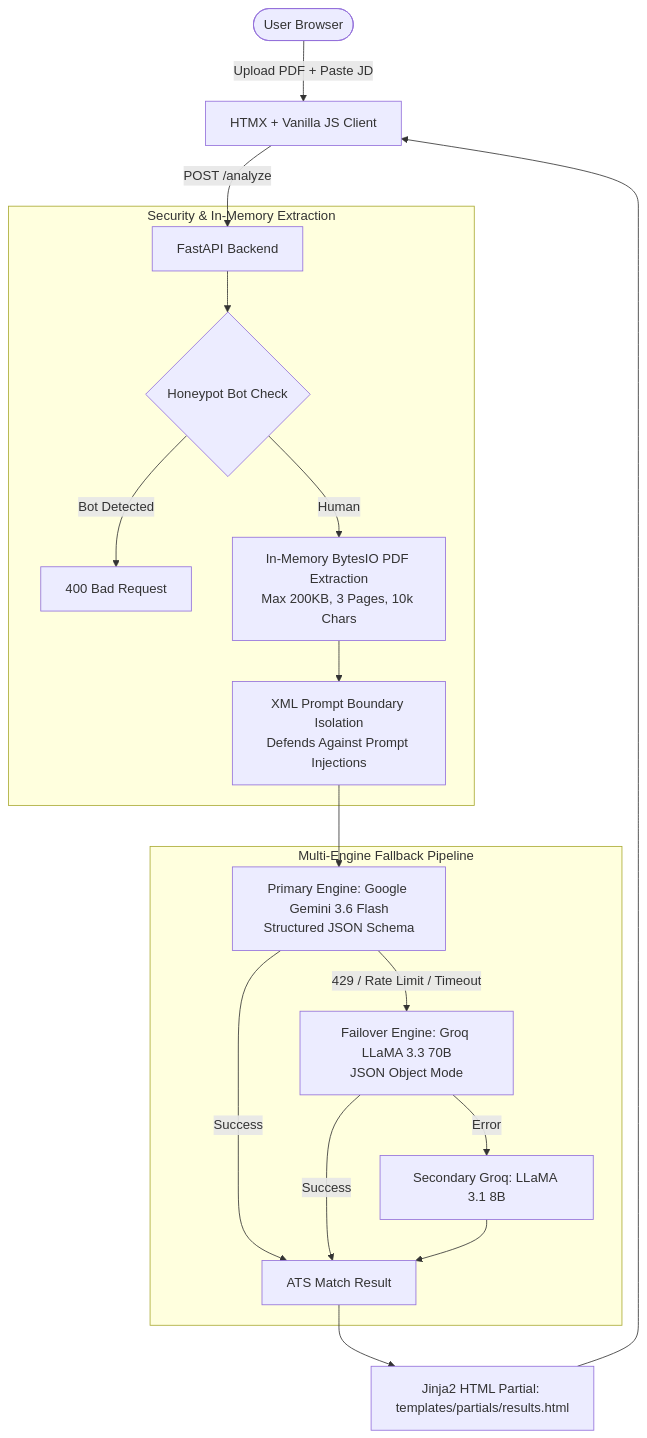
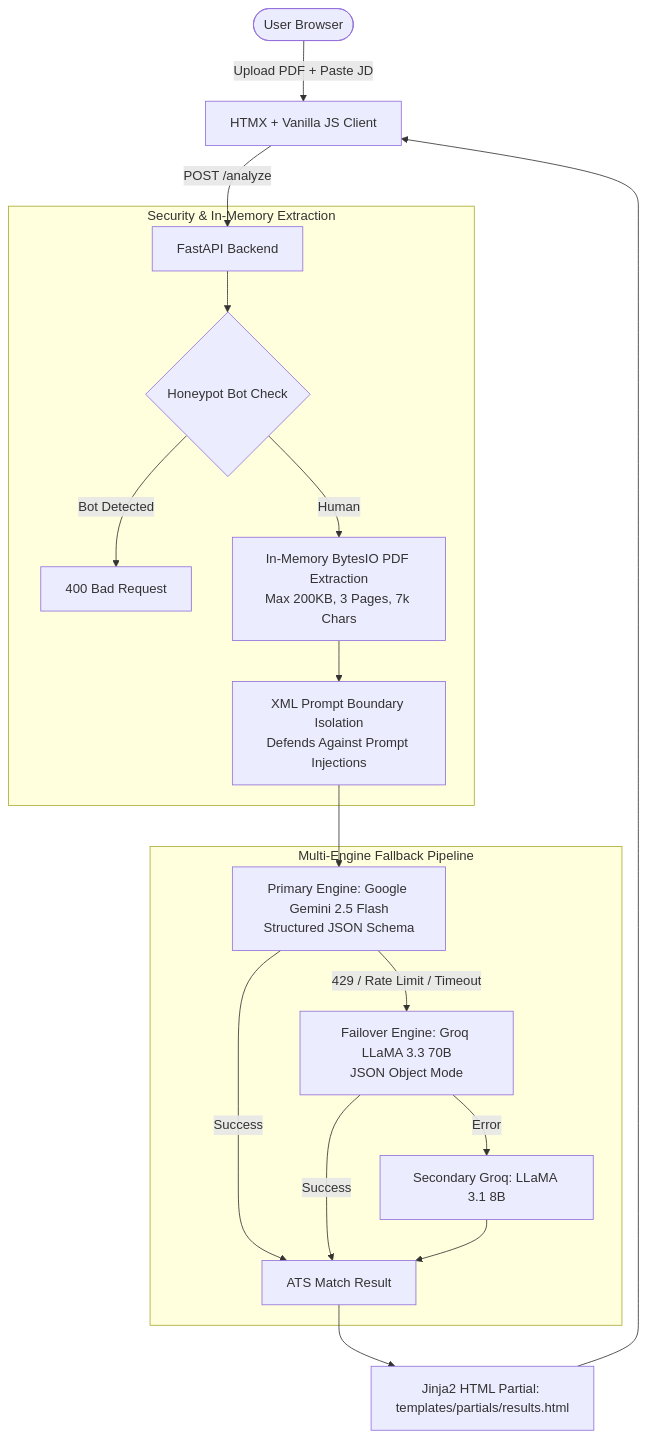
Before and after one commit to gabrielcjr/atsproof: the diagram in README.md, drawn with Mermaid. The commit also changed other lines of this file and 10 other files, not shown here.

````diff
--- a/README.md
+++ b/README.md
@@ -17,24 +17,24 @@
 ```mermaid
 flowchart TD
     User([User Browser]) -->|Upload PDF + Paste JD| Front[HTMX + Vanilla JS Client]
     Front -->|POST /analyze| Fast[FastAPI Backend]
     
     subgraph Security & In-Memory Extraction
         Fast --> Trap{Honeypot Bot Check}
         Trap -->|Bot Detected| Err400[400 Bad Request]
-        Trap -->|Human| Memory[In-Memory BytesIO PDF Extraction\nMax 200KB, 3 Pages, 10k Chars]
+        Trap -->|Human| Memory[In-Memory BytesIO PDF Extraction\nMax 200KB, 3 Pages, 7k Chars]
         Memory --> Prompt[XML Prompt Boundary Isolation\nDefends Against Prompt Injections]
     end
     
     subgraph Multi-Engine Fallback Pipeline
-        Prompt --> Primary[Primary Engine: Google Gemini 3.6 Flash\nStructured JSON Schema]
+        Prompt --> Primary[Primary Engine: Google Gemini 2.5 Flash\nStructured JSON Schema]
         Primary -->|Success| Out[ATS Match Result]
         Primary -->|429 / Rate Limit / Timeout| Fallback[Failover Engine: Groq LLaMA 3.3 70B\nJSON Object Mode]
         Fallback -->|Success| Out
         Fallback -->|Error| Fallback2[Secondary Groq: LLaMA 3.1 8B]
         Fallback2 --> Out
     end
     
     Out --> Render[Jinja2 HTML Partial: templates/partials/results.html]
     Render --> Front
 ```
````
